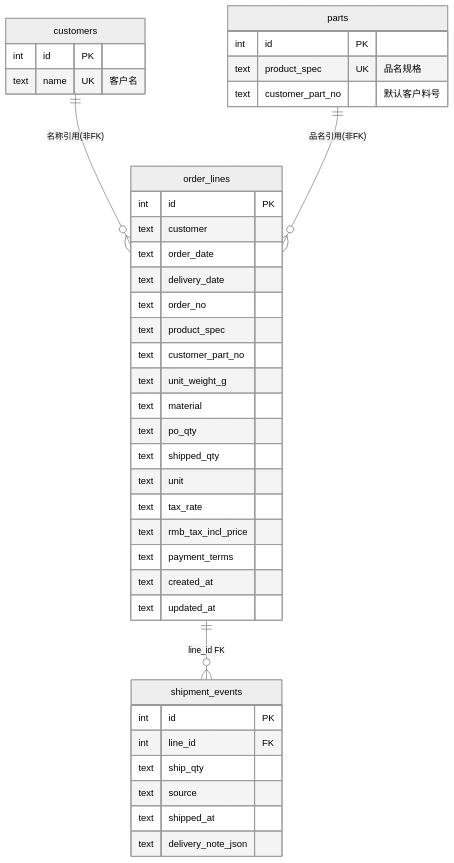
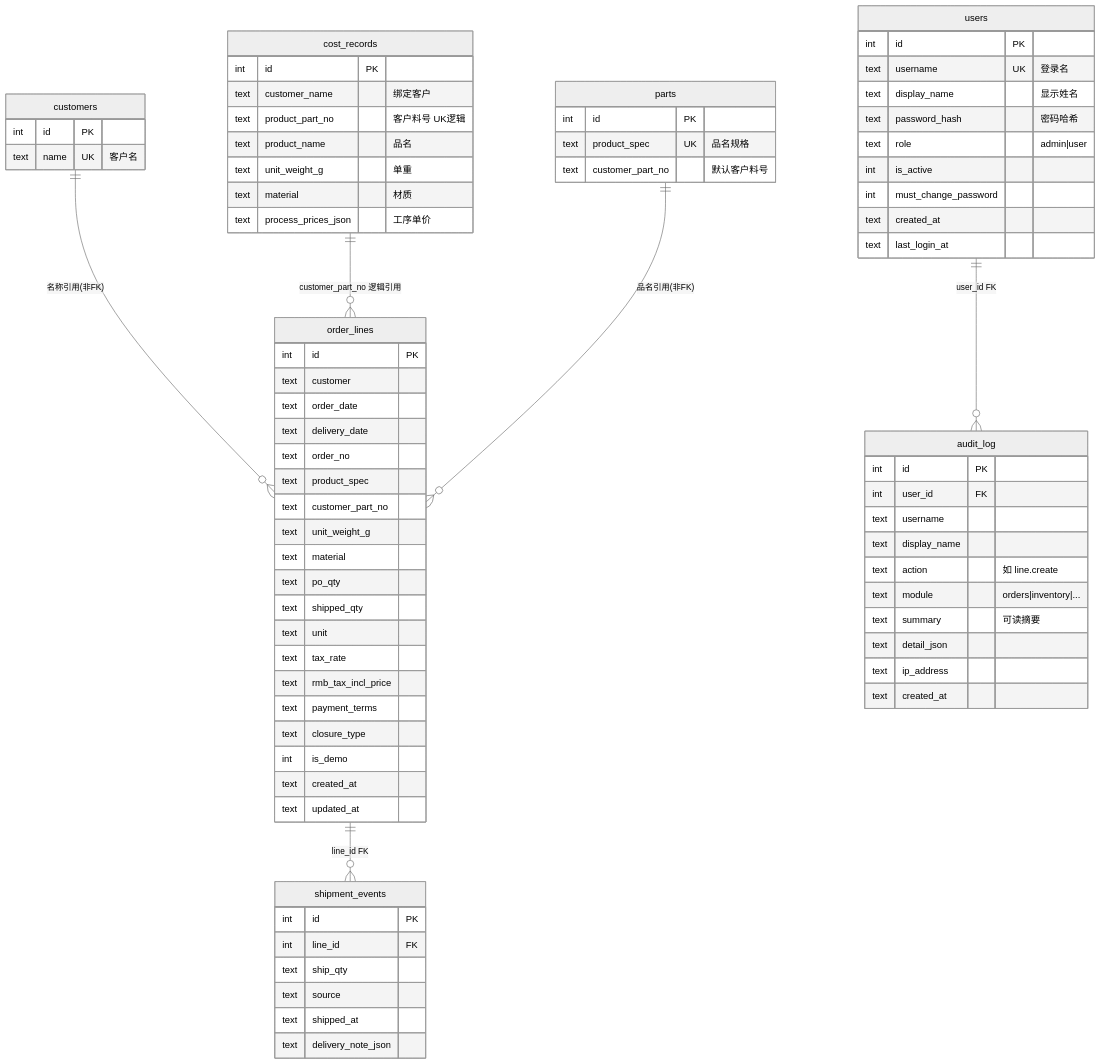
Before and after one commit to kaybirth628/WKT: the second of 4 diagrams in docs/architecture/data-model.md, drawn with Mermaid (neutral theme). The commit also changed other lines of this file and 171 other files, not shown here.

````diff
--- a/docs/architecture/data-model.md
+++ b/docs/architecture/data-model.md
@@ -49,8 +53,45 @@
 ```mermaid
 erDiagram
   customers ||--o{ order_lines : "名称引用(非FK)"
+  cost_records ||--o{ order_lines : "customer_part_no 逻辑引用"
   parts ||--o{ order_lines : "品名引用(非FK)"
   order_lines ||--o{ shipment_events : "line_id FK"
+  users ||--o{ audit_log : "user_id FK"
+
+  users {
+    int id PK
+    text username UK "登录名"
+    text display_name "显示姓名"
+    text password_hash "密码哈希"
+    text role "admin|user"
+    int is_active
+    int must_change_password
+    text created_at
+    text last_login_at
+  }
+
+  audit_log {
+    int id PK
+    int user_id FK
+    text username
+    text display_name
+    text action "如 line.create"
+    text module "orders|inventory|..."
+    text summary "可读摘要"
+    text detail_json
+    text ip_address
+    text created_at
+  }
+
+  cost_records {
+    int id PK
+    text customer_name "绑定客户"
+    text product_part_no "客户料号 UK逻辑"
+    text product_name "品名"
+    text unit_weight_g "单重"
+    text material "材质"
+    text process_prices_json "工序单价"
+  }
 
   customers {
     int id PK
@@ -79,6 +120,8 @@
     text tax_rate
     text rmb_tax_incl_price
     text payment_terms
+    text closure_type
+    int is_demo
     text created_at
     text updated_at
   }
````
